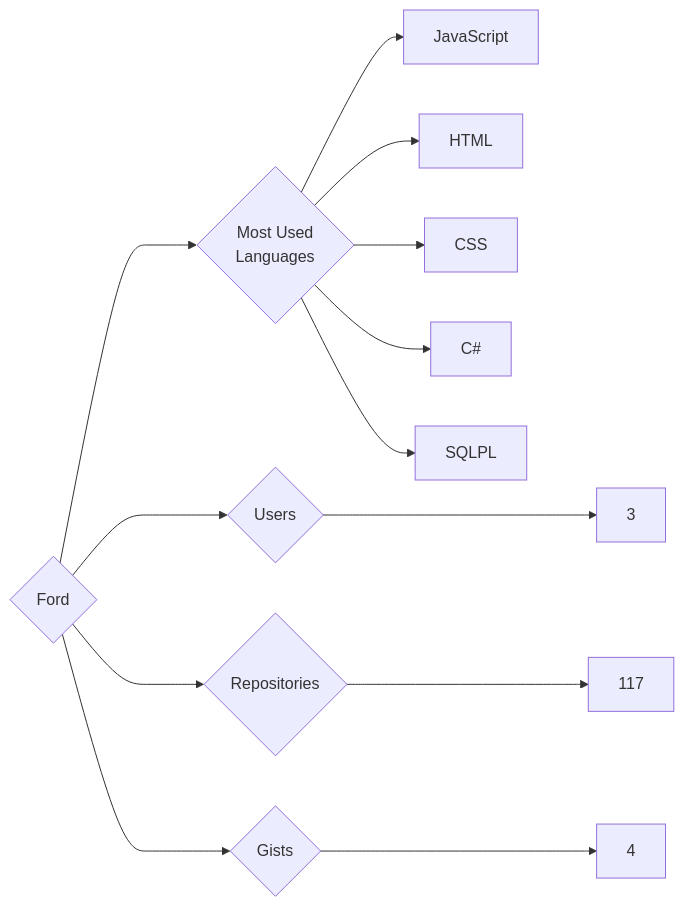
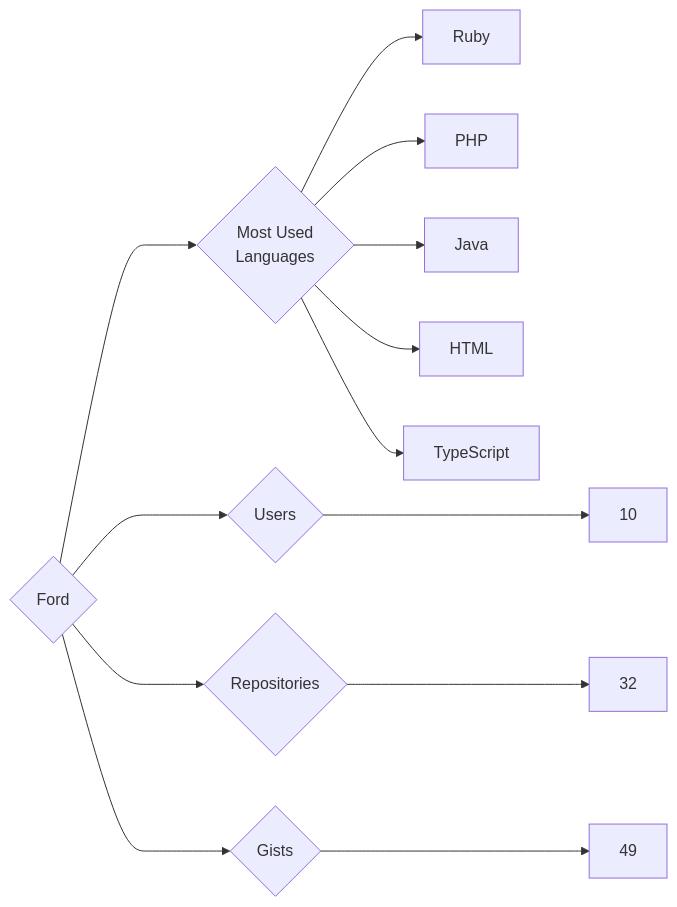
The diagram in targets/Ford/README.md (trickest/insiders), drawn with Mermaid before and after one commit. The commit also changed 1212 other files, not shown here.

````diff
--- a/targets/Ford/README.md
+++ b/targets/Ford/README.md
@@ -3,13 +3,13 @@
 ```mermaid
 graph LR
 COMPANY_NAME{Ford}
-COMPANY_NAME ---> U{Users} ---> UN[3]
-COMPANY_NAME ---> R{Repositories} ---> RN[117]
-COMPANY_NAME ---> G{Gists} ---> GN[4]
+COMPANY_NAME ---> U{Users} ---> UN[10]
+COMPANY_NAME ---> R{Repositories} ---> RN[32]
+COMPANY_NAME ---> G{Gists} ---> GN[49]
 COMPANY_NAME ---> ML{Most Used<br>Languages}
-ML --> JavaScript[JavaScript]
+ML --> Ruby[Ruby]
+ML --> PHP[PHP]
+ML --> Java[Java]
 ML --> HTML[HTML]
-ML --> CSS[CSS]
-ML --> C#[C#]
-ML --> SQLPL[SQLPL]
+ML --> TypeScript[TypeScript]
 ```
````
